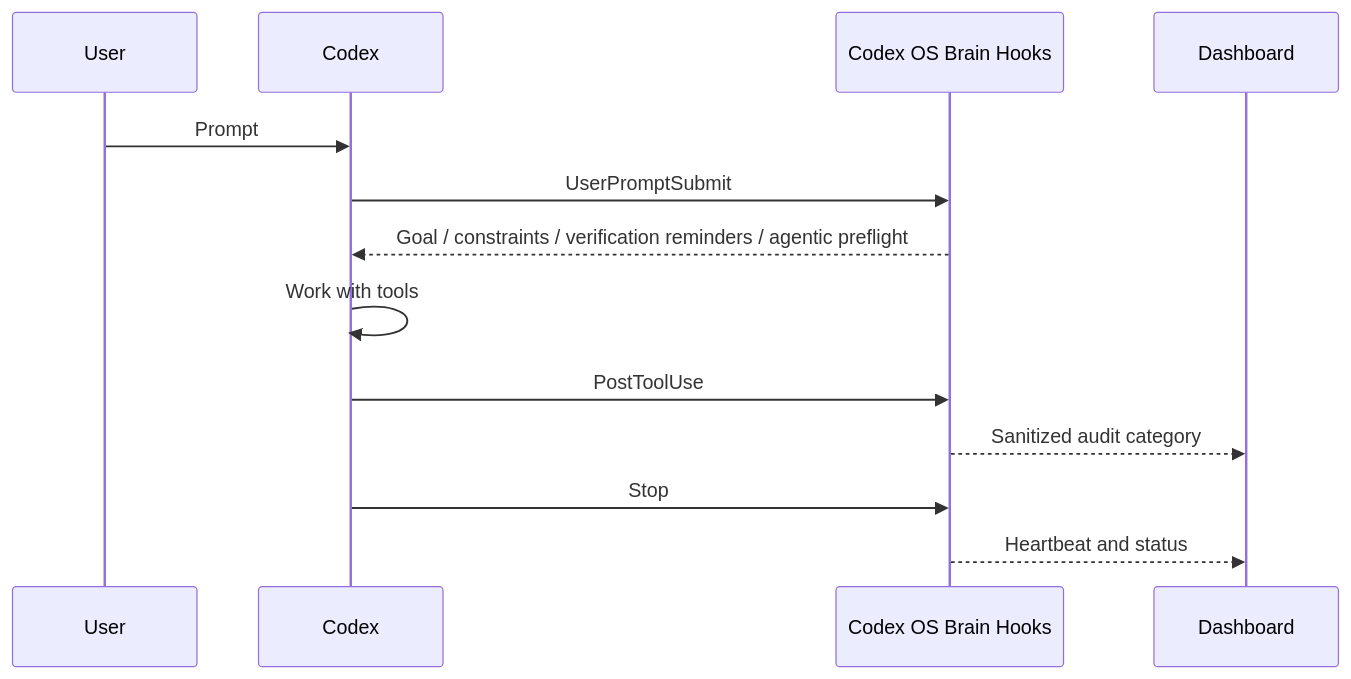
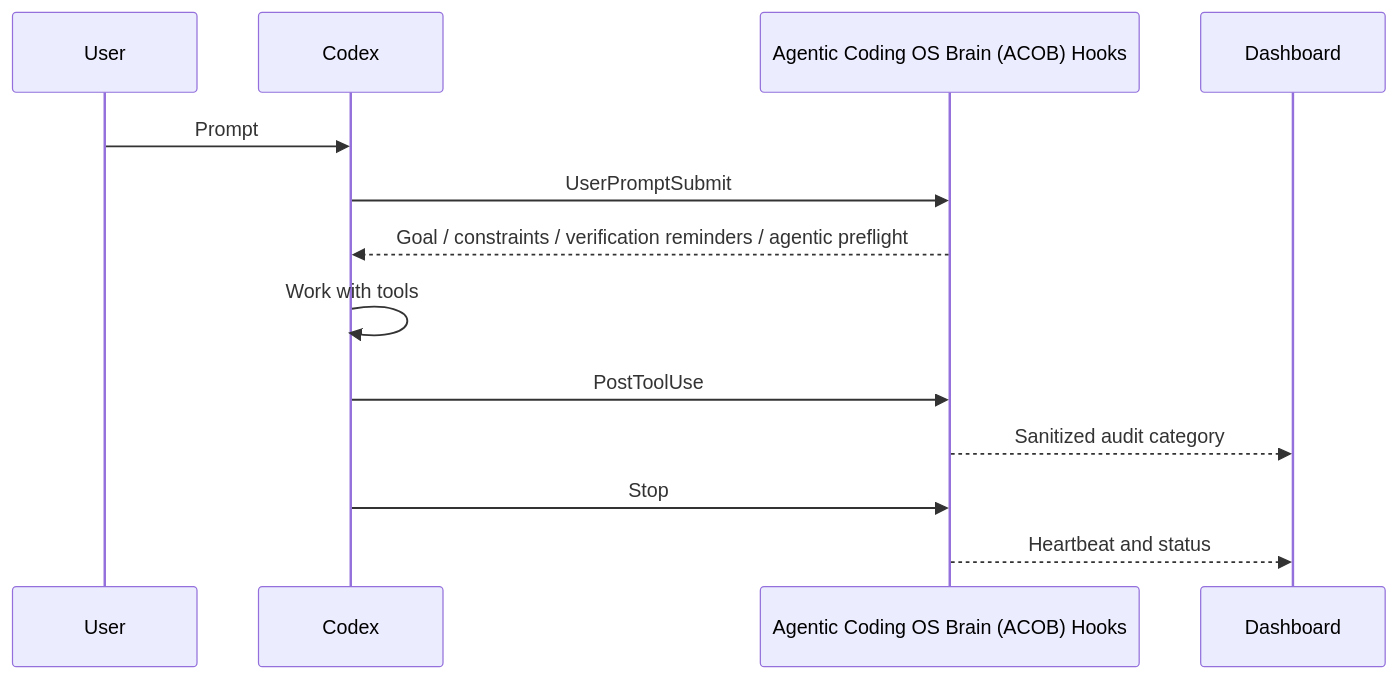
The second of 3 diagrams in README.md (liuanye9-lab/codex-os-brain), drawn with Mermaid before and after one commit. The commit also changed other lines of this file and 19 other files, not shown here.

Commit message:
Rename to ACOB and expand agentic dispatch

````diff
--- a/README.md
+++ b/README.md
@@ -81,16 +81,16 @@
 ```mermaid
 sequenceDiagram
   participant U as User
   participant C as Codex
-  participant H as Codex OS Brain Hooks
+  participant H as Agentic Coding OS Brain (ACOB) Hooks
   participant D as Dashboard
 
   U->>C: Prompt
   C->>H: UserPromptSubmit
   H-->>C: Goal / constraints / verification reminders / agentic preflight
   C->>C: Work with tools
   C->>H: PostToolUse
   H-->>D: Sanitized audit category
   C->>H: Stop
   H-->>D: Heartbeat and status
 ```
````
